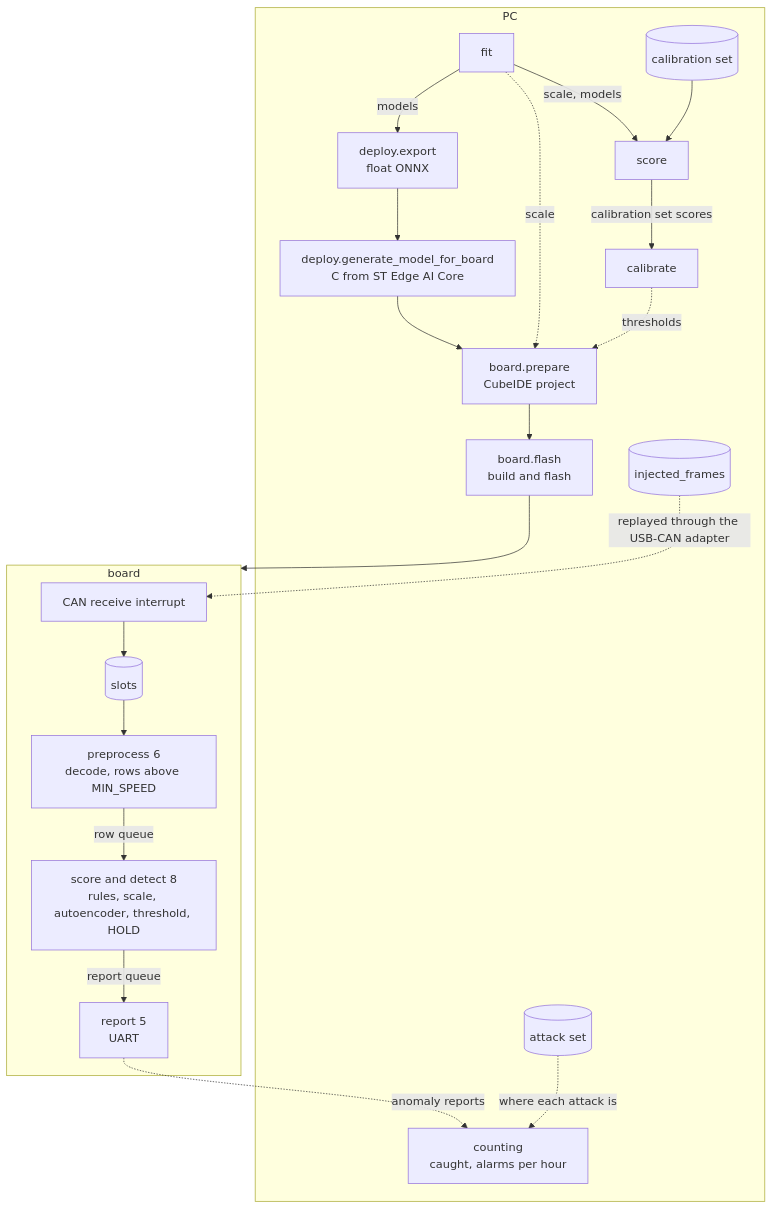
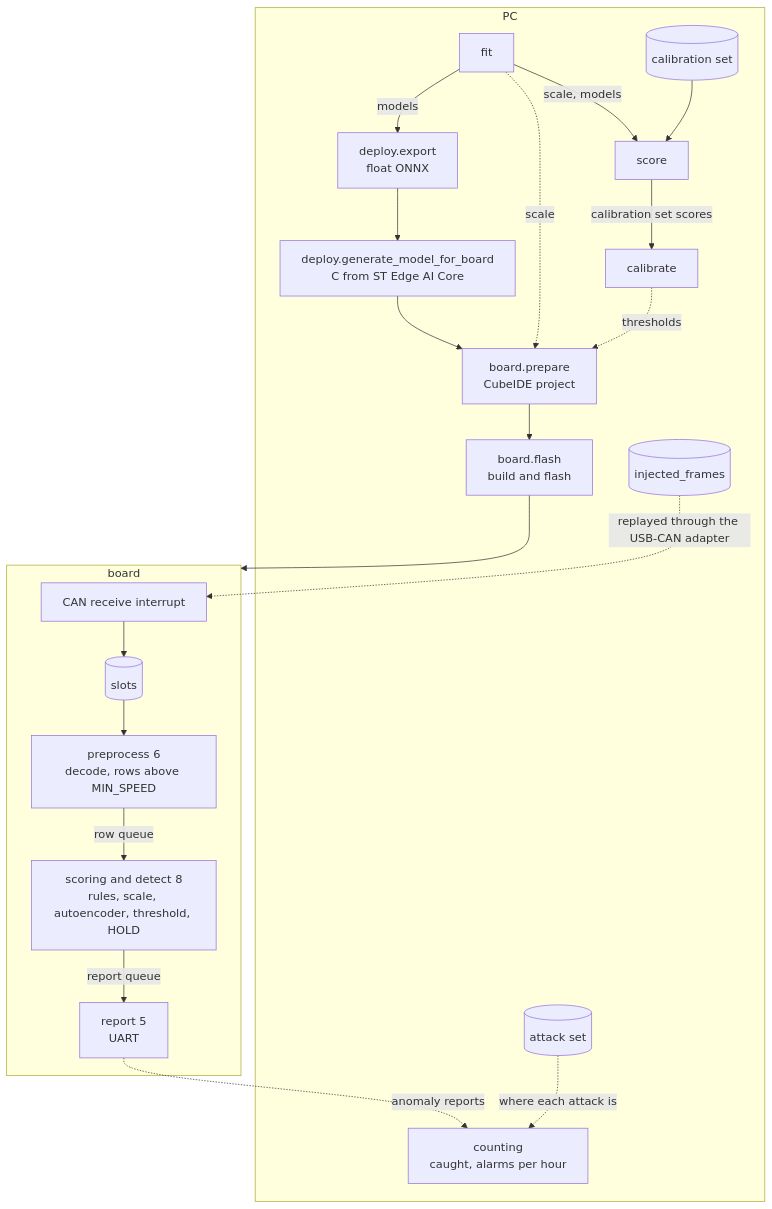
The second of 2 diagrams in board/docs/goal.md (asana17/ai_can_anomaly_detection), drawn with Mermaid before and after one commit. The commit also changed other lines of this file and 5 other files, not shown here.

````diff
--- a/board/docs/goal.md
+++ b/board/docs/goal.md
@@ -97,29 +99,29 @@
 ```mermaid
 flowchart TB
     subgraph pc["PC"]
         fit -- models --> export["deploy.export<br/>float ONNX"]
         export --> gen["deploy.generate_model_for_board<br/>C from ST Edge AI Core"]
         gen --> prepare["board.prepare<br/>CubeIDE project"]
         fit -. scale .-> prepare
         calibration[(calibration set)] --> score
         fit -- scale, models --> score
         score -- calibration set scores --> calibrate
         calibrate -. thresholds .-> prepare
         prepare --> flash["board.flash<br/>build and flash"]
         frames[(injected_frames)]
         attack[(attack set)]
         counting["counting<br/>caught, alarms per hour"]
     end
 
     subgraph board["board"]
         irq[CAN receive interrupt] --> slots[(slots)]
         slots --> pre["preprocess 6<br/>decode, rows above MIN_SPEED"]
-        pre -- row queue --> ano["score and detect 8<br/>rules, scale, autoencoder, threshold, HOLD"]
+        pre -- row queue --> ano["scoring and detect 8<br/>rules, scale, autoencoder, threshold, HOLD"]
         ano -- report queue --> rep["report 5<br/>UART"]
     end
 
     flash --> board
     frames -. replayed through the USB-CAN adapter .-> irq
     attack -. where each attack is .-> counting
     rep -. anomaly reports .-> counting
 ```
````
